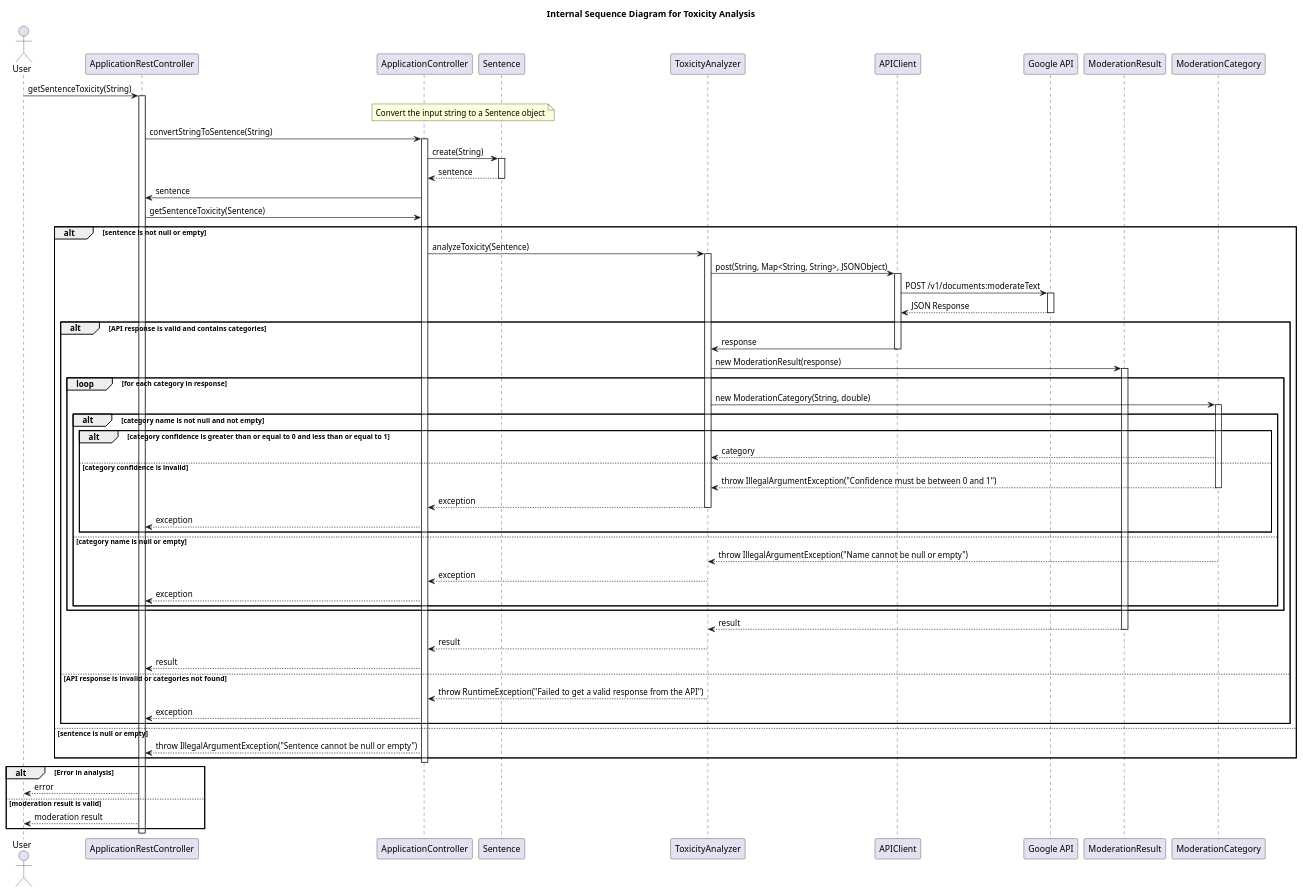
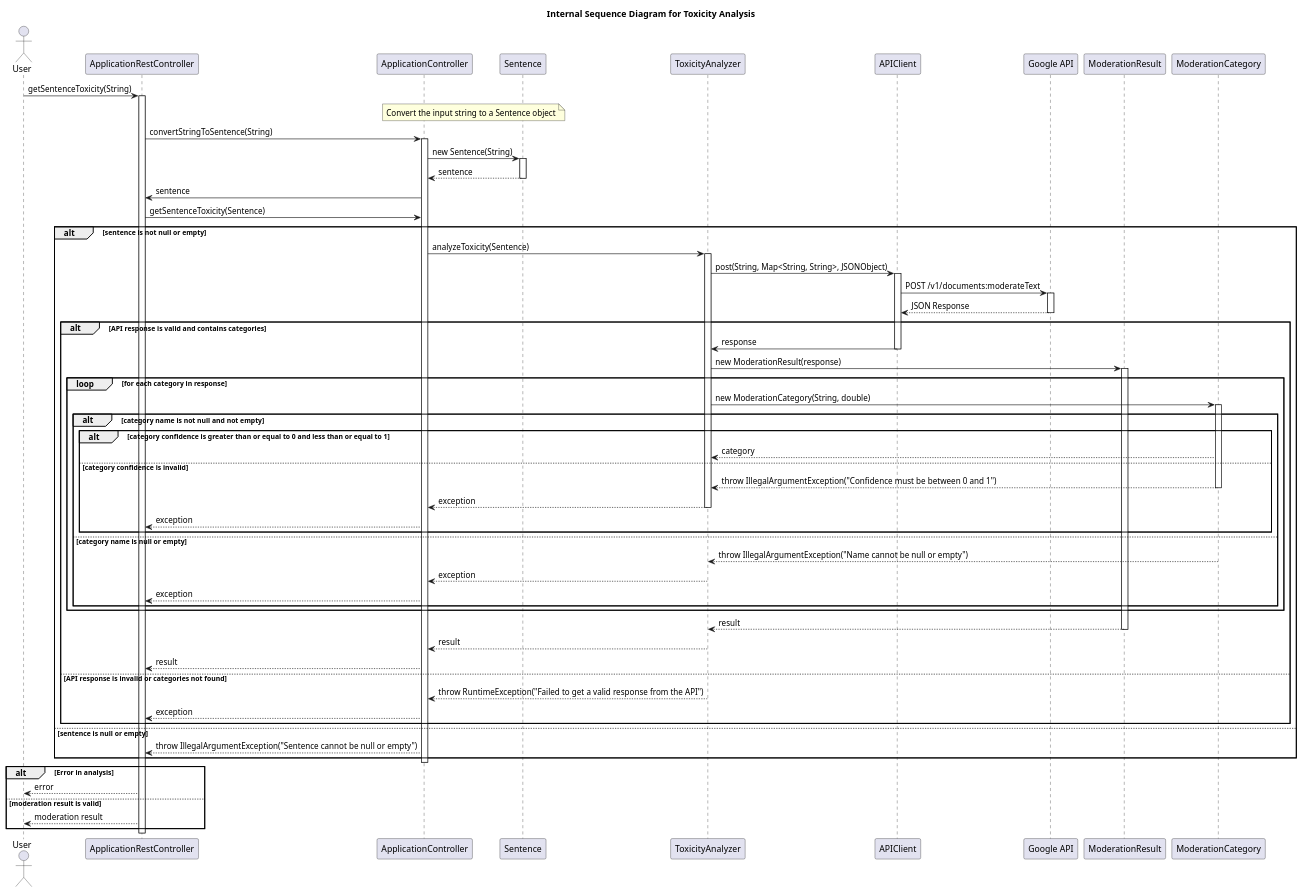
One commit to liamtoaldo/NonSenseGenerator changed the diagram in docs/diagrams/internal-sequence/toxicity-analysis.plantuml. Above: the diagram before and after it, drawn with PlantUML. The commit also changed 2 other files, not shown here.

Commit message:
NEW - Sentence History Internal Sequence Diagram

```diff
--- a/docs/diagrams/internal-sequence/toxicity-analysis.plantuml
+++ b/docs/diagrams/internal-sequence/toxicity-analysis.plantuml
@@ -1,82 +1,82 @@
 @startuml
 title Internal Sequence Diagram for Toxicity Analysis
 actor User
 participant "ApplicationRestController"
 participant "ApplicationController"
 participant "Sentence"
 participant "ToxicityAnalyzer"
 participant "APIClient"
 participant "Google API"
 participant "ModerationResult"
 participant "ModerationCategory"
 
 User -> ApplicationRestController: getSentenceToxicity(String)
 activate ApplicationRestController
 note over ApplicationController, Sentence: Convert the input string to a Sentence object
 ApplicationRestController -> ApplicationController: convertStringToSentence(String)
 activate ApplicationController
-ApplicationController -> Sentence: create(String)
+ApplicationController -> Sentence: new Sentence(String)
 activate Sentence
 Sentence --> ApplicationController: sentence
 deactivate Sentence
 ApplicationController -> ApplicationRestController: sentence
 ApplicationRestController -> ApplicationController: getSentenceToxicity(Sentence)
 alt sentence is not null or empty
     ApplicationController -> ToxicityAnalyzer: analyzeToxicity(Sentence)
     activate ToxicityAnalyzer
 
     ToxicityAnalyzer -> APIClient: post(String, Map<String, String>, JSONObject)
     activate APIClient
     APIClient -> "Google API": POST /v1/documents:moderateText
     activate "Google API"
     "Google API" --> APIClient: JSON Response
     deactivate "Google API"
     alt API response is valid and contains categories
         APIClient -> ToxicityAnalyzer: response
         deactivate APIClient
         ToxicityAnalyzer -> ModerationResult: new ModerationResult(response)
         activate ModerationResult
         loop for each category in response
             ToxicityAnalyzer -> ModerationCategory: new ModerationCategory(String, double)
             activate ModerationCategory
             alt category name is not null and not empty
                 alt category confidence is greater than or equal to 0 and less than or equal to 1
                     ModerationCategory --> ToxicityAnalyzer: category
                 else category confidence is invalid
                     ModerationCategory --> ToxicityAnalyzer: throw IllegalArgumentException("Confidence must be between 0 and 1")
                     deactivate ModerationCategory
                     ToxicityAnalyzer --> ApplicationController: exception
                     deactivate ToxicityAnalyzer
                     ApplicationController --> ApplicationRestController: exception
                 end
             else category name is null or empty
                 ModerationCategory --> ToxicityAnalyzer: throw IllegalArgumentException("Name cannot be null or empty")
                 deactivate ModerationCategory
                 ToxicityAnalyzer --> ApplicationController: exception
                 deactivate ToxicityAnalyzer
                 ApplicationController --> ApplicationRestController: exception
             end
             deactivate ModerationCategory
         end
         ModerationResult --> ToxicityAnalyzer: result
         deactivate ModerationResult
         ToxicityAnalyzer --> ApplicationController: result
         ApplicationController --> ApplicationRestController: result
     else API response is invalid or categories not found
         ToxicityAnalyzer --> ApplicationController: throw RuntimeException("Failed to get a valid response from the API")
         deactivate ToxicityAnalyzer
         ApplicationController --> ApplicationRestController: exception
     end
     deactivate ToxicityAnalyzer
 else sentence is null or empty
     ApplicationController --> ApplicationRestController: throw IllegalArgumentException("Sentence cannot be null or empty")
 end
 deactivate ApplicationController
 
 alt Error in analysis
     ApplicationRestController --> User: error
 else moderation result is valid
     ApplicationRestController --> User: moderation result
 end
 deactivate ApplicationRestController
 @enduml
```
